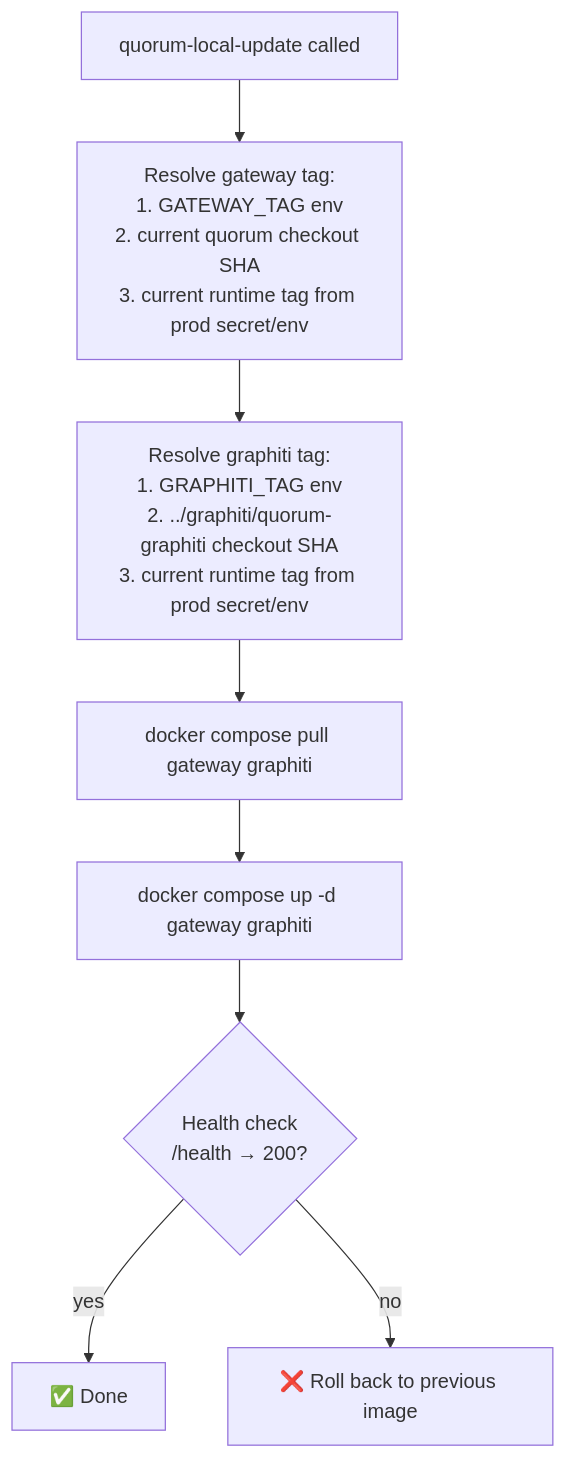
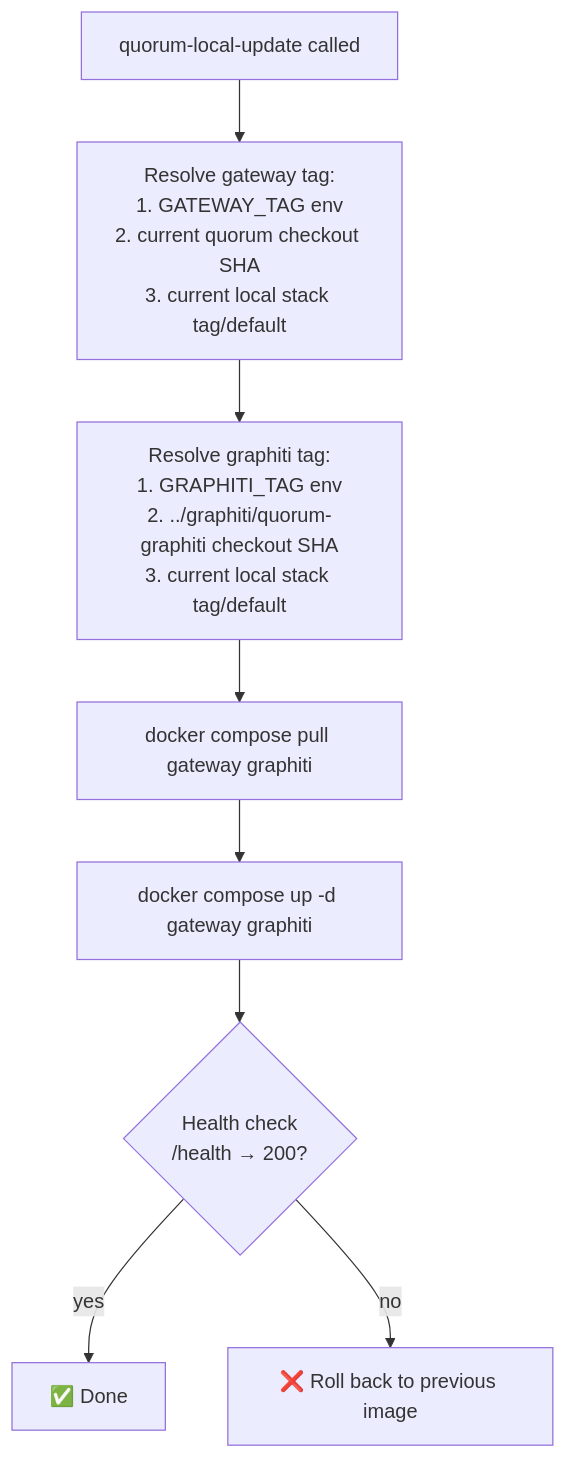
One commit to ayansasmal/quorum changed the sixth of 6 diagrams in docs/CICD-DEPLOYMENT.md. Above: the diagram before and after it, drawn with Mermaid. The commit also changed other lines of this file and 1 other file, not shown here.

````diff
--- a/docs/CICD-DEPLOYMENT.md
+++ b/docs/CICD-DEPLOYMENT.md
@@ -321,15 +321,15 @@
 ```mermaid
 flowchart TD
     A["quorum-local-update called"]
-    B["Resolve gateway tag:\n1. GATEWAY_TAG env\n2. current quorum checkout SHA\n3. current runtime tag from prod secret/env"]
-    C["Resolve graphiti tag:\n1. GRAPHITI_TAG env\n2. ../graphiti/quorum-graphiti checkout SHA\n3. current runtime tag from prod secret/env"]
+    B["Resolve gateway tag:\n1. GATEWAY_TAG env\n2. current quorum checkout SHA\n3. current local stack tag/default"]
+    C["Resolve graphiti tag:\n1. GRAPHITI_TAG env\n2. ../graphiti/quorum-graphiti checkout SHA\n3. current local stack tag/default"]
     D["docker compose pull gateway graphiti"]
     E["docker compose up -d gateway graphiti"]
     F{"Health check\n/health → 200?"}
     G["✅ Done"]
     H["❌ Roll back to previous image"]
 
     A --> B --> C --> D --> E --> F
     F -->|yes| G
     F -->|no| H
 ```
````
